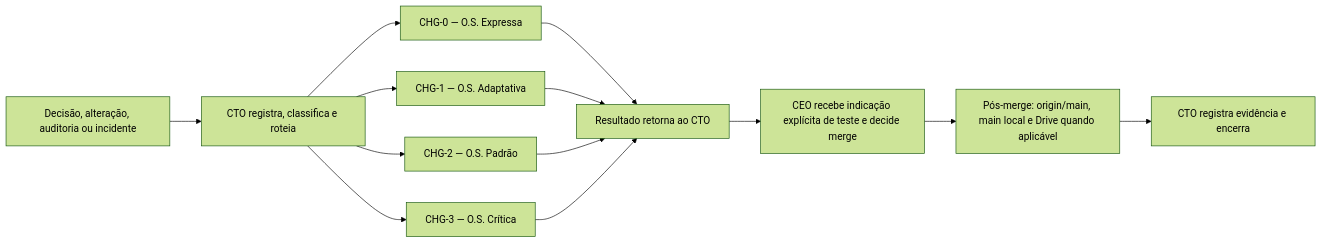
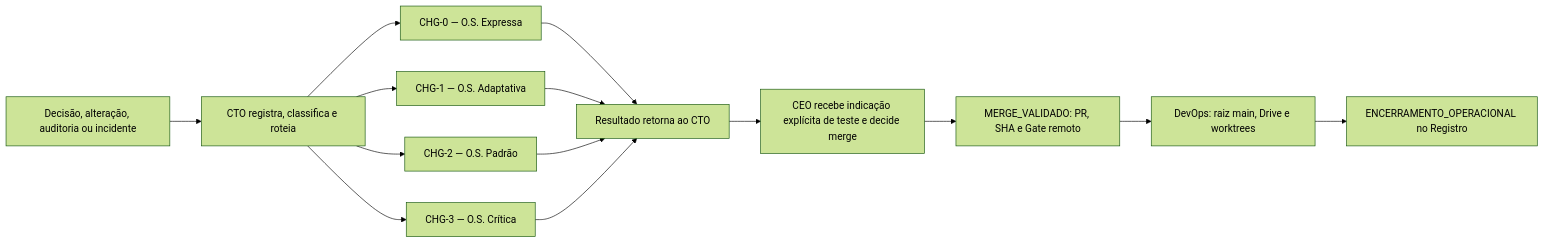
Before and after one commit to ThiagoKenoblauFritsche/AmpAI: the first of 2 diagrams in docs/AmpAI_OS_Workflow.md, drawn with Mermaid (forest theme). The commit also changed other lines of this file and 14 other files, not shown here.

````diff
--- a/docs/AmpAI_OS_Workflow.md
+++ b/docs/AmpAI_OS_Workflow.md
@@ -15,15 +15,16 @@
 ```mermaid
 flowchart LR
     IN["Decisão, alteração, auditoria ou incidente"] --> CTO["CTO registra, classifica e roteia"]
     CTO --> C0["CHG-0 — O.S. Expressa"]
     CTO --> C1["CHG-1 — O.S. Adaptativa"]
     CTO --> C2["CHG-2 — O.S. Padrão"]
     CTO --> C3["CHG-3 — O.S. Crítica"]
     C0 --> RET["Resultado retorna ao CTO"]
     C1 --> RET
     C2 --> RET
     C3 --> RET
     RET --> CEO["CEO recebe indicação explícita de teste e decide merge"]
-    CEO --> SYNC["Pós-merge: origin/main, main local e Drive quando aplicável"]
-    SYNC --> CLOSE["CTO registra evidência e encerra"]
+    CEO --> REMOTE["MERGE_VALIDADO: PR, SHA e Gate remoto"]
+    REMOTE --> OPS["DevOps: raiz main, Drive e worktrees"]
+    OPS --> CLOSE["ENCERRAMENTO_OPERACIONAL no Registro"]
 ```
````
